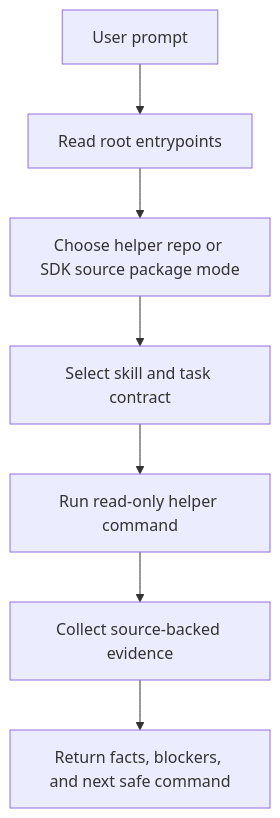
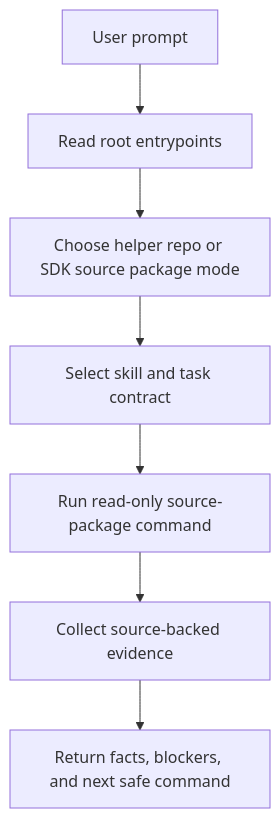
Before and after one commit to NVIDIA-DOCA/doca-skills: the diagram in examples/README.md, drawn with Mermaid. The commit also changed other lines of this file and 49 other files, not shown here.

````diff
--- a/examples/README.md
+++ b/examples/README.md
@@ -18,17 +20,17 @@
 ```mermaid
 flowchart TD
     prompt["User prompt"]
     entry["Read root entrypoints"]
     mode["Choose helper repo or SDK source package mode"]
     skills["Select skill and task contract"]
-    tools["Run read-only helper command"]
+    tools["Run read-only source-package command"]
     evidence["Collect source-backed evidence"]
     answer["Return facts, blockers, and next safe command"]
 
     prompt --> entry
     entry --> mode
     mode --> skills
     skills --> tools
     tools --> evidence
     evidence --> answer
 ```
````
